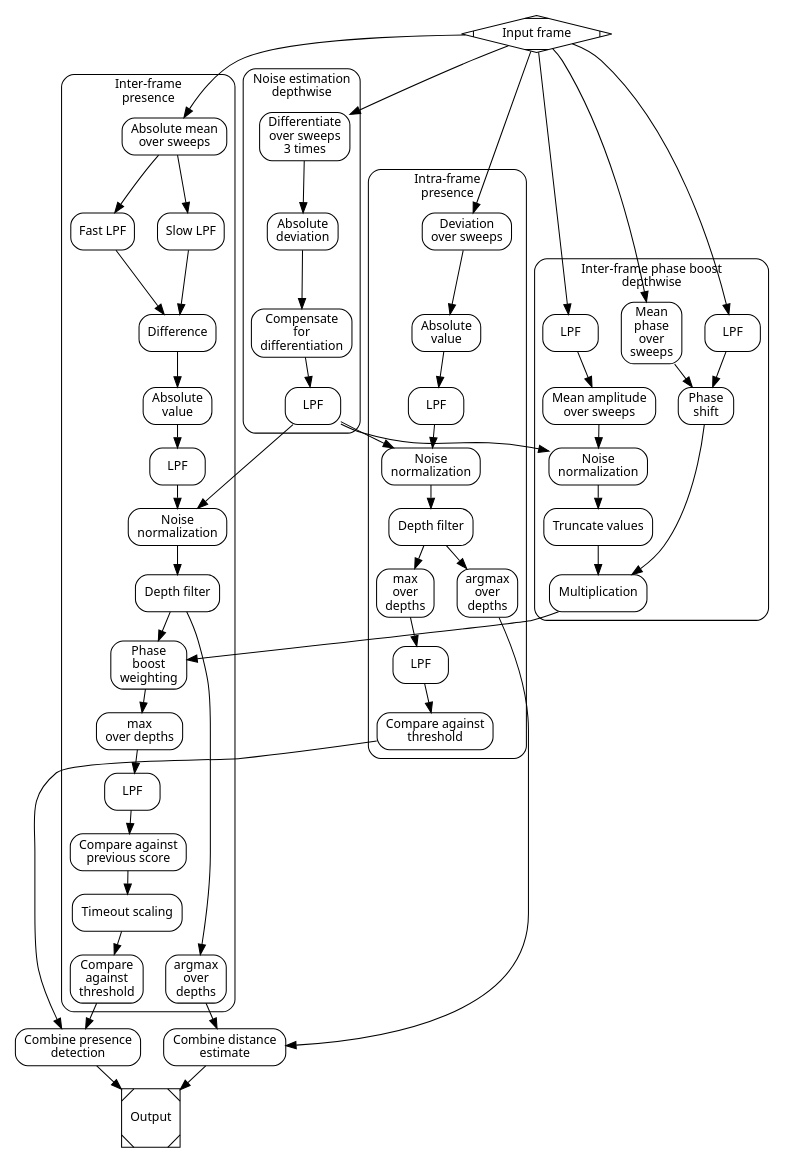
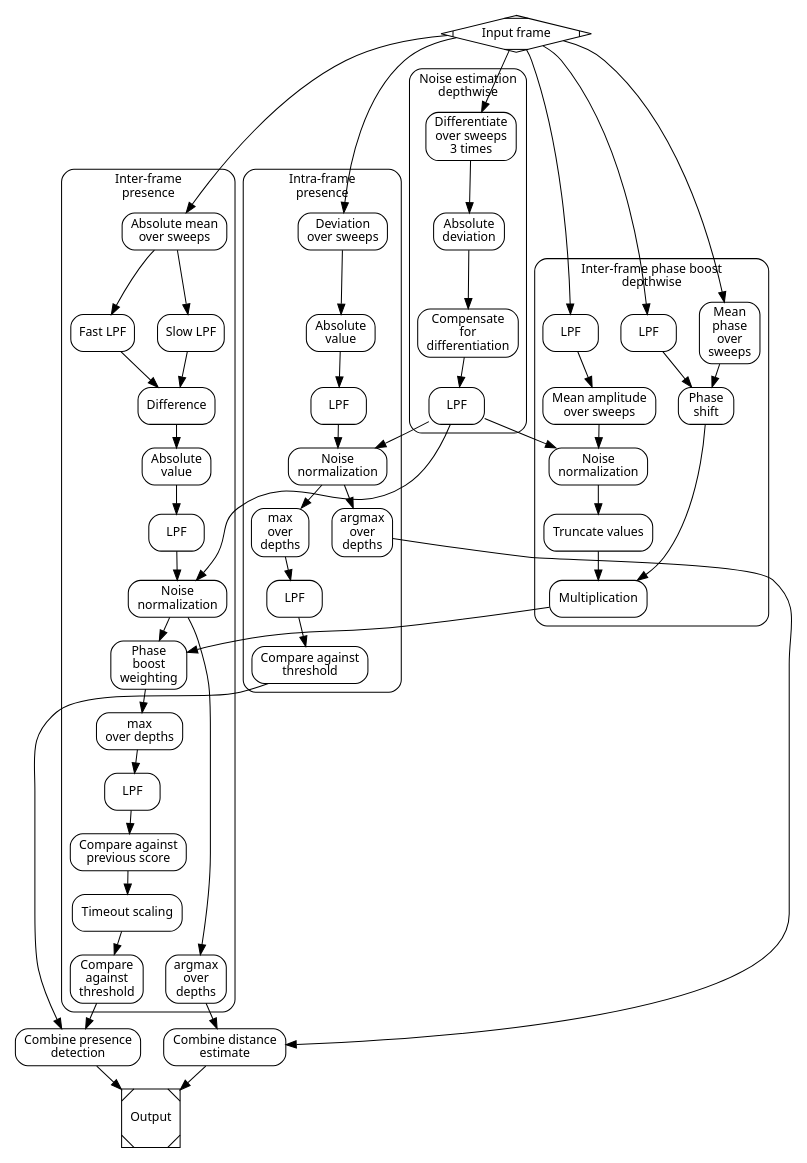
The diagram in docs/_graphs/a121_presence_detection.dot (acconeer/acconeer-python-exploration), drawn with Graphviz before and after one commit. The commit also changed 1 other file, not shown here.

Commit message:
A121 presence: Remove references to depth filter in docs

```diff
--- a/docs/_graphs/a121_presence_detection.dot
+++ b/docs/_graphs/a121_presence_detection.dot
@@ -1,107 +1,105 @@
 digraph {
   pad=0.1
   ranksep=0.3
   nodesep=0.3
   bgcolor="#ffffff00"
   fontname=sans
   fontsize=12
   style=rounded
   node [fontname=sans, fontsize=12, shape=record, style=rounded]
 
   subgraph cluster {
     style=invis
 
     subgraph cluster_inter {
         label="Inter-frame\npresence"
         style=rounded
 
-        abs_sweep_mean -> {fast_lpf, slow_lpf} -> fast_slow_dev -> abs_dev -> inter_lpf -> inter_norm -> inter_depth_filter
-        inter_depth_filter -> {inter_out_argmax, phase_boost}
+        abs_sweep_mean -> {fast_lpf, slow_lpf} -> fast_slow_dev -> abs_dev -> inter_lpf -> inter_norm
+        inter_norm -> {inter_out_argmax, phase_boost}
         phase_boost -> inter_out_max -> inter_lp_out -> timeout -> timeout_scaling -> inter_threshold
 
         {rank = same; inter_threshold; inter_out_argmax}
     }
 
     subgraph cluster_intra {
         label="Intra-frame\npresence"
         style=rounded
 
-        sweep_dev -> abs_dev_intra -> intra_lpf -> intra_norm -> intra_depth_filter
-        intra_depth_filter -> intra_out_argmax
-        intra_depth_filter -> intra_out_max -> intra_lp_out -> intra_threshold
+        sweep_dev -> abs_dev_intra -> intra_lpf -> intra_norm
+        intra_norm -> intra_out_argmax
+        intra_norm -> intra_out_max -> intra_lp_out -> intra_threshold
     }
 
     subgraph cluster_noise {
         label="Noise estimation\ndepthwise"
         style=rounded
 
         noise_diff -> noise_dev
         noise_dev -> noise_comp -> noise_lpf
     }
 
     subgraph cluster_phase_boost {
         label="Inter-frame phase boost\ndepthwise"
         style=rounded
 
         {for_phase_lpf, phase_mean} -> phase_shift
         for_amp_lpf -> amp_mean -> amp_norm -> amp_trunc
         {amp_trunc, phase_shift} -> phase_boost_weight -> phase_boost
 
         {rank = same; for_phase_lpf; for_amp_lpf}
     }
   }
 
   in -> {abs_sweep_mean, sweep_dev, noise_diff, for_phase_lpf, phase_mean, for_amp_lpf}
   {inter_threshold, intra_threshold} -> presence
   {inter_out_argmax, intra_out_argmax} -> distance
 
   {presence, distance} -> out
   noise_lpf -> {amp_norm, intra_norm, inter_norm}
 
   in [shape=Mdiamond, label="Input frame"]
 
   abs_sweep_mean [label="Absolute mean\nover sweeps"]
   fast_lpf [label="Fast LPF"]
   slow_lpf [label="Slow LPF"]
   fast_slow_dev [label="Difference"]
   abs_dev [label="Absolute\nvalue"]
   inter_lpf [label="LPF"]
   inter_norm [label="Noise\nnormalization"]
-  inter_depth_filter [label="Depth filter"]
   inter_out_max [label="max\nover depths"]
   inter_lp_out [label="LPF"]
   timeout [label="Compare against\nprevious score"]
   timeout_scaling [label="Timeout scaling"]
   inter_threshold [label="Compare\nagainst\nthreshold"]
   inter_out_argmax [label="argmax\nover\ndepths"]
 
   sweep_dev [label="Deviation\nover sweeps"]
   abs_dev_intra [label="Absolute\nvalue"]
   intra_lpf [label="LPF"]
   intra_norm [label="Noise\nnormalization"]
-  intra_depth_filter [label="Depth filter"]
   intra_out_max [label="max\nover\ndepths"]
   intra_lp_out [label="LPF"]
   intra_threshold [label="Compare against\nthreshold"]
   intra_out_argmax [label="argmax\nover\ndepths"]
 
   noise_diff [label="Differentiate\nover sweeps\n3 times"]
   noise_dev [label="Absolute\ndeviation"]
   noise_comp [label="Compensate\nfor\ndifferentiation"]
   noise_lpf [label="LPF"]
 
   phase_mean [label="Mean\nphase\nover\nsweeps"]
   phase_shift [label="Phase\nshift"]
   for_phase_lpf [label="LPF"]
   for_amp_lpf [label="LPF"]
   amp_mean [label="Mean amplitude\nover sweeps"]
   amp_norm [label="Noise\nnormalization"]
   amp_trunc [label="Truncate values"]
   phase_boost_weight [label="Multiplication"]
   phase_boost [label="Phase\nboost\nweighting"]
 
   presence [label="Combine presence\ndetection"]
   distance [label="Combine distance\nestimate"]
 
   out [shape=Msquare, label="Output"]
 }
```
